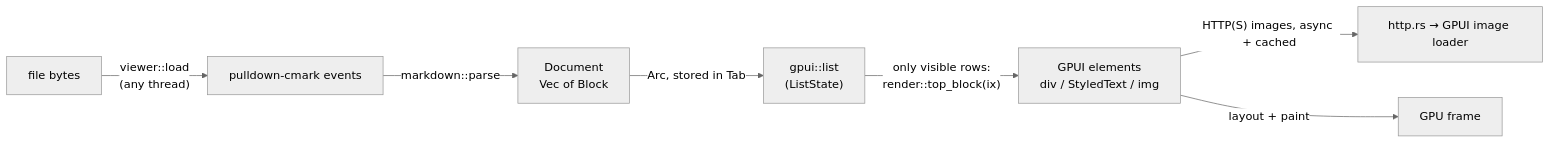
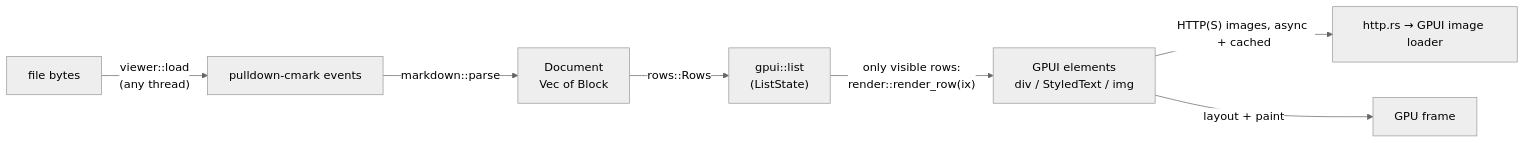
The first of 2 diagrams in docs/rendering.md (JorgeAgar/markdown-viewer-zed), drawn with Mermaid (neutral theme) before and after one commit. The commit also changed other lines of this file and 10 other files, not shown here.

First line of the commit message:
Split large top-level blocks into virtualized list rows

````diff
--- a/docs/rendering.md
+++ b/docs/rendering.md
@@ -7,9 +7,9 @@
 ```mermaid
 flowchart LR
     F["file bytes"] -->|"viewer::load<br/>(any thread)"| P["pulldown-cmark events"]
     P -->|"markdown::parse"| D["Document<br/>Vec of Block"]
-    D -->|"Arc, stored in Tab"| L["gpui::list<br/>(ListState)"]
-    L -->|"only visible rows:<br/>render::top_block(ix)"| E["GPUI elements<br/>div / StyledText / img"]
+    D -->|"rows::Rows"| L["gpui::list<br/>(ListState)"]
+    L -->|"only visible rows:<br/>render::render_row(ix)"| E["GPUI elements<br/>div / StyledText / img"]
     E -->|"HTTP(S) images, async + cached"| H["http.rs → GPUI image loader"]
     E -->|"layout + paint"| GPU["GPU frame"]
 ```
````
